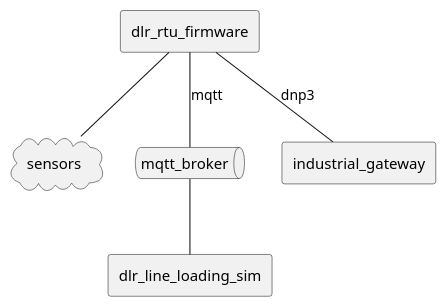
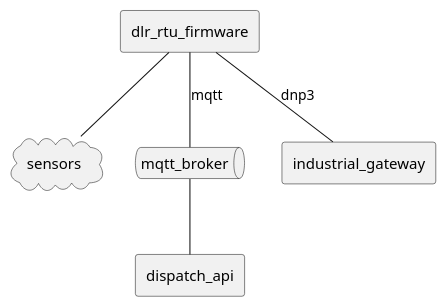
One commit to arcnode-io/dlr-rtu-firmware changed the first of 4 diagrams in readme.md. Above: the diagram before and after it, drawn with PlantUML. The commit also changed other lines of this file, not shown here.

Commit message:
📝 docs(readme): fix context diagrams -- dlr_line_loading_sim no longer applies
Not a rename fix -- the relationship itself is gone. dlr-line-loading-
sim dropped its dynamic_line_rating subscription entirely (7caabcd over
there), so this repo's real MQTT consumer today is mock-derms-dispatch-
api's DlrRatingSubscriber, over the utility/dlr/{device_id}/... topic.

Claude-Session: https://claude.ai/code/session_01G9oodV6qNjghBfbi7qXfrt

````diff
--- a/readme.md
+++ b/readme.md
@@ -48,13 +48,13 @@
 ```plantuml
 rectangle dlr_rtu_firmware
 
 cloud sensors
 queue mqtt_broker
-rectangle dlr_line_loading_sim
+rectangle dispatch_api
 rectangle industrial_gateway
 
 dlr_rtu_firmware -- sensors
 dlr_rtu_firmware -- mqtt_broker: mqtt
-mqtt_broker -- dlr_line_loading_sim
+mqtt_broker -- dispatch_api
 dlr_rtu_firmware -- industrial_gateway: dnp3
 ```
````
